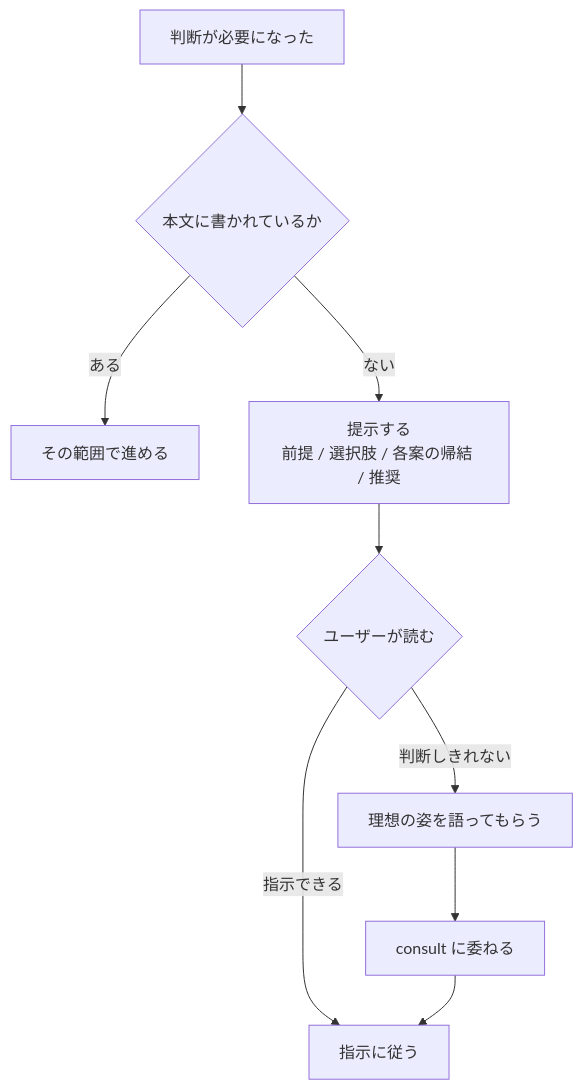
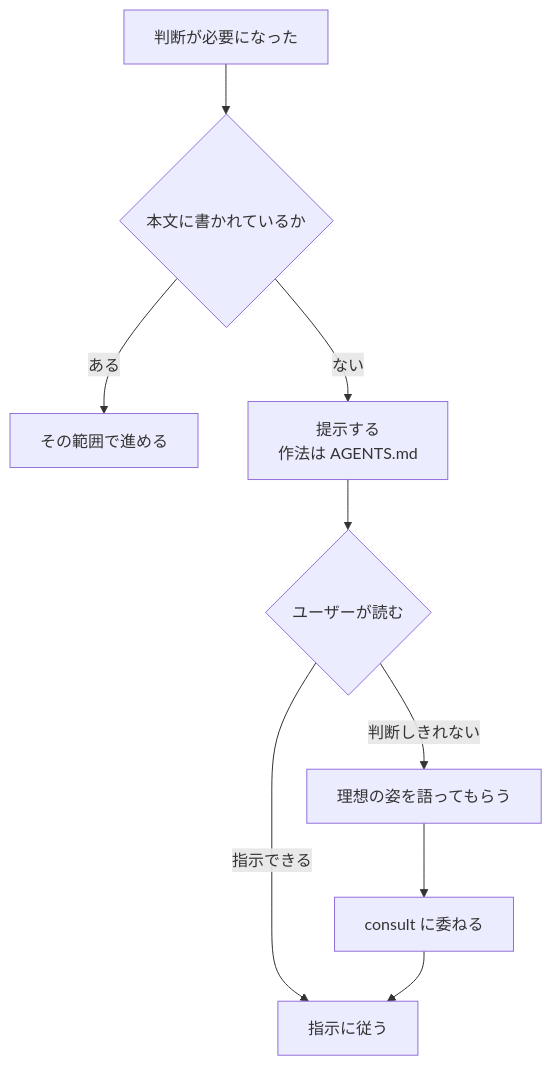
Before and after one commit to usagizmo/agentfiles: the diagram in agents/skills/resolve/SKILL.md, drawn with Mermaid. The commit also changed other lines of this file and 4 other files, not shown here.

````diff
--- a/agents/skills/resolve/SKILL.md
+++ b/agents/skills/resolve/SKILL.md
@@ -203,11 +200,11 @@
 ```mermaid
 flowchart TD
     D[判断が必要になった] --> K{本文に書かれているか}
     K -->|ある| GO[その範囲で進める]
-    K -->|ない| ART[提示する<br/>前提 / 選択肢 / 各案の帰結 / 推奨]
+    K -->|ない| ART[提示する<br/>作法は AGENTS.md]
     ART --> U{ユーザーが読む}
     U -->|指示できる| INS[指示に従う]
     U -->|判断しきれない| TALK[理想の姿を語ってもらう]
     TALK --> CON[consult に委ねる]
     CON --> INS
 ```
````
